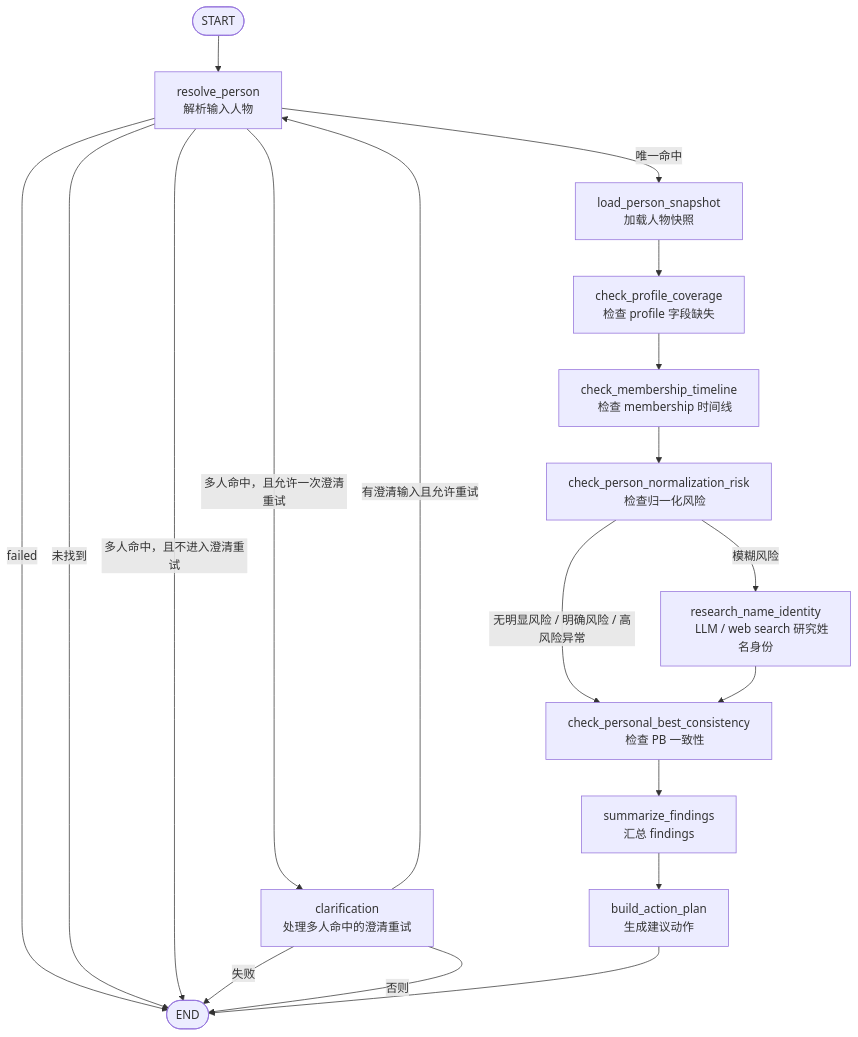
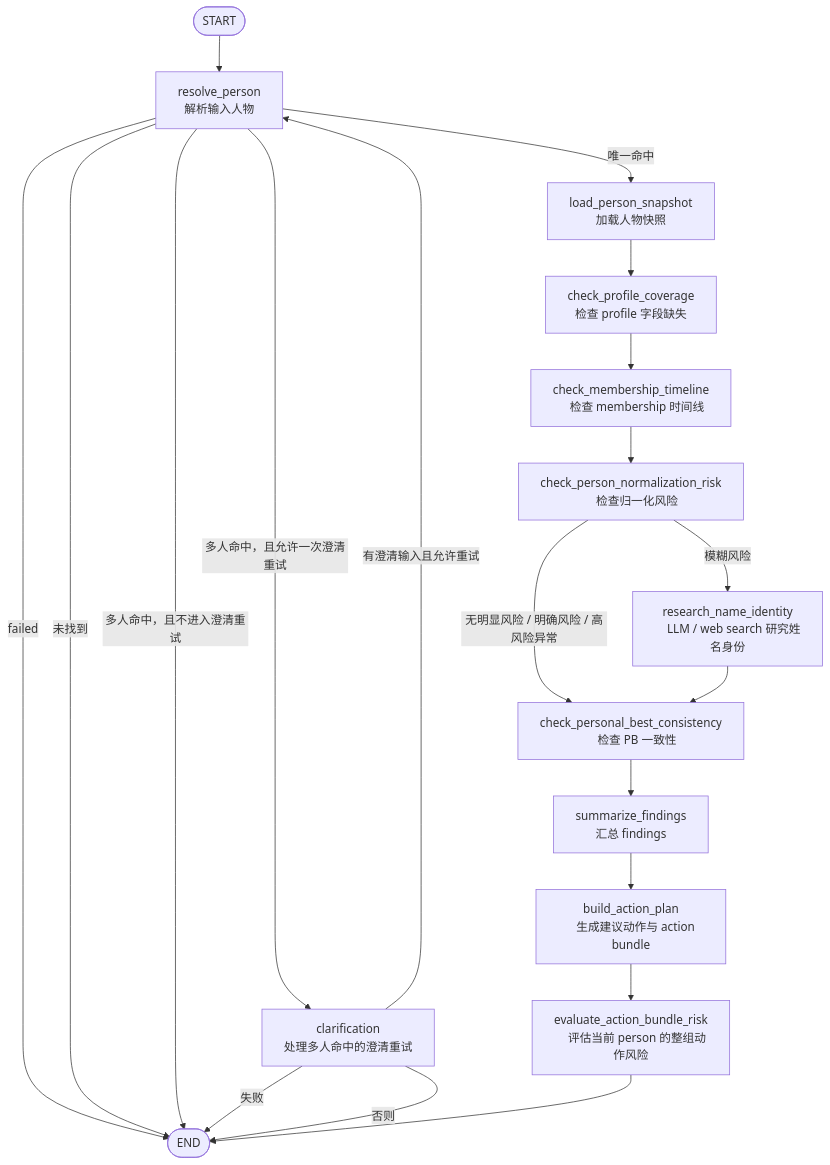
Before and after one commit to gelatoni-xh/personal-site: the first of 3 diagrams in content/articles/2026-08-11-tasuki-keifu-agent-Graph结构图.md, drawn with Mermaid. The commit also changed other lines of this file and 2 other files, not shown here.

````diff
--- a/content/articles/2026-08-11-tasuki-keifu-agent-Graph结构图.md
+++ b/content/articles/2026-08-11-tasuki-keifu-agent-Graph结构图.md
@@ -27,34 +33,36 @@
 ```mermaid
 flowchart TD
     START([START]) --> RESOLVE["resolve_person
     解析输入人物"]
 
     RESOLVE -->|failed| END([END])
     RESOLVE -->|未找到| END
     RESOLVE -->|多人命中，且不进入澄清重试| END
     RESOLVE -->|多人命中，且允许一次澄清重试| CLARIFY["clarification
     处理多人命中的澄清重试"]
     RESOLVE -->|唯一命中| SNAPSHOT["load_person_snapshot
     加载人物快照"]
 
     CLARIFY -->|失败| END
     CLARIFY -->|有澄清输入且允许重试| RESOLVE
     CLARIFY -->|否则| END
 
     SNAPSHOT --> PROFILE["check_profile_coverage
     检查 profile 字段缺失"]
     PROFILE --> MEMBERSHIP["check_membership_timeline
     检查 membership 时间线"]
     MEMBERSHIP --> NORMALIZATION["check_person_normalization_risk
     检查归一化风险"]
     NORMALIZATION -->|无明显风险 / 明确风险 / 高风险异常| PB["check_personal_best_consistency
     检查 PB 一致性"]
     NORMALIZATION -->|模糊风险| RESEARCH["research_name_identity
     LLM / web search 研究姓名身份"]
     RESEARCH --> PB
     PB --> SUMMARY["summarize_findings
     汇总 findings"]
     SUMMARY --> ACTION["build_action_plan
-    生成建议动作"]
-    ACTION --> END
+    生成建议动作与 action bundle"]
+    ACTION --> RISK["evaluate_action_bundle_risk
+    评估当前 person 的整组动作风险"]
+    RISK --> END
 ```
````
